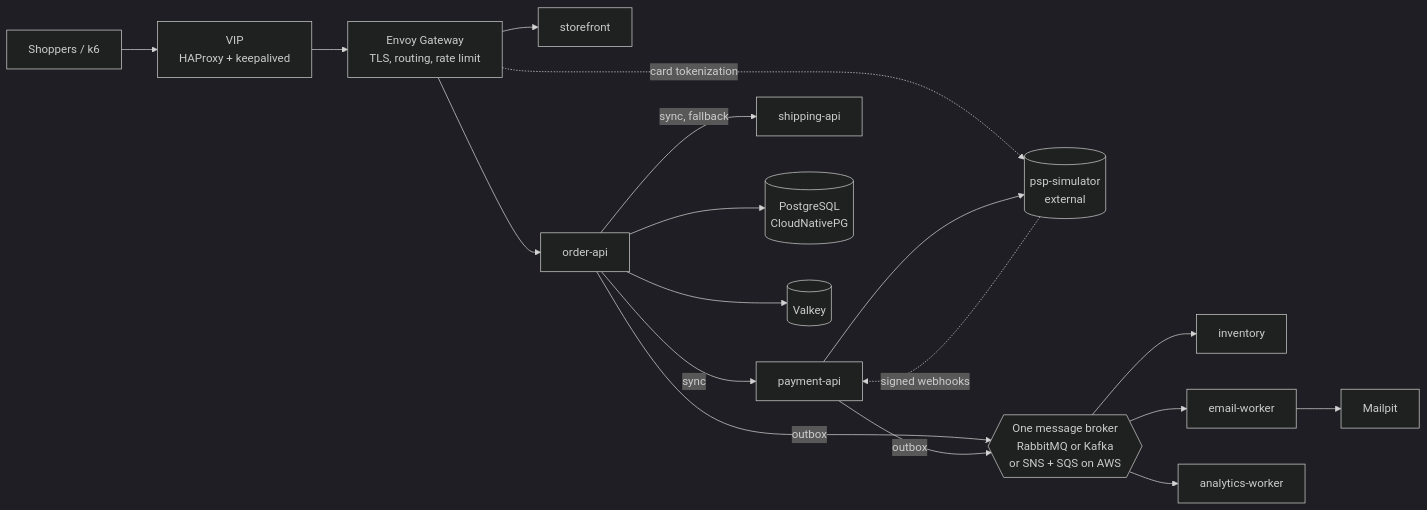
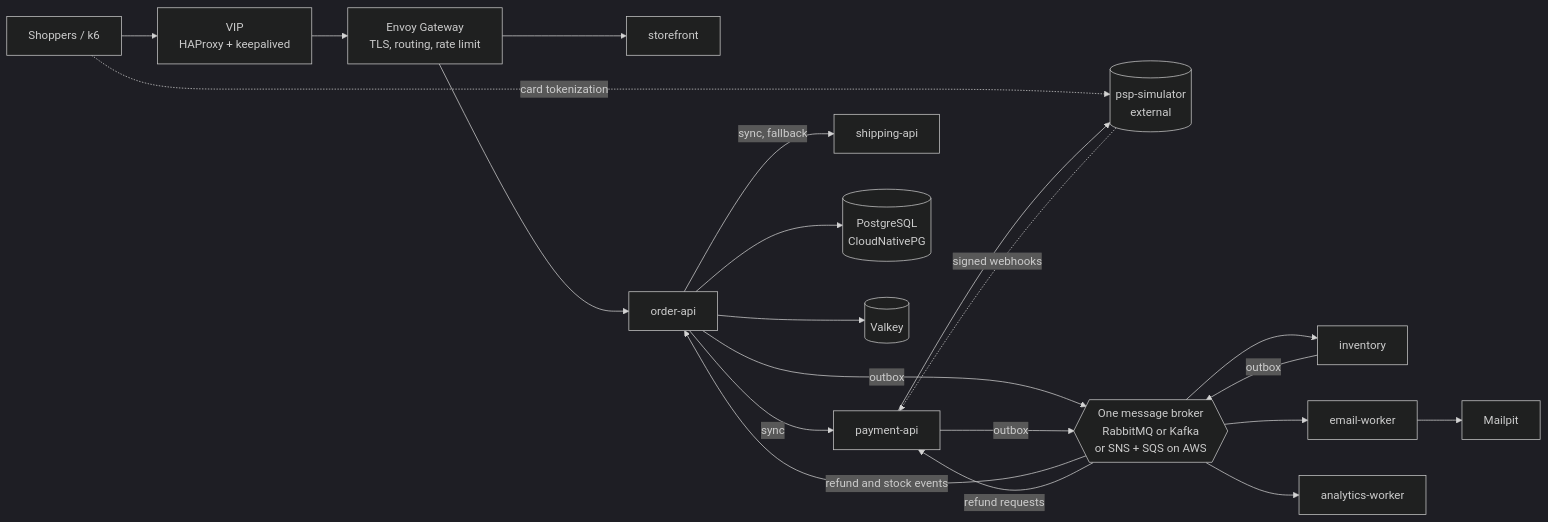
One commit to thiagogenez/labflow-platform changed the diagram in README.md. Above: the diagram before and after it, drawn with Mermaid (dark theme). The commit also changed other lines of this file and 3 other files, not shown here.

````diff
--- a/README.md
+++ b/README.md
@@ -34,20 +34,23 @@
 ```mermaid
 flowchart LR
     client[Shoppers / k6] --> vip[VIP<br/>HAProxy + keepalived]
     vip --> gw[Envoy Gateway<br/>TLS, routing, rate limit]
     gw --> storefront
     gw --> order[order-api]
-    gw -. card tokenization .-> psp[(psp-simulator<br/>external)]
+    client -. card tokenization .-> psp[(psp-simulator<br/>external)]
     order -->|sync| payment[payment-api]
     order -->|sync, fallback| shipping[shipping-api]
     payment --> psp
     psp -. signed webhooks .-> payment
     order --> pg[(PostgreSQL<br/>CloudNativePG)]
     order --> valkey[(Valkey)]
     order -->|outbox| broker{{One message broker<br/>RabbitMQ or Kafka<br/>or SNS + SQS on AWS}}
     payment -->|outbox| broker
+    inventory -->|outbox| broker
+    broker -->|refund and stock events| order
+    broker -->|refund requests| payment
     broker --> inventory
     broker --> email[email-worker]
     broker --> analytics[analytics-worker]
     email --> mailpit[Mailpit]
 ```
````
